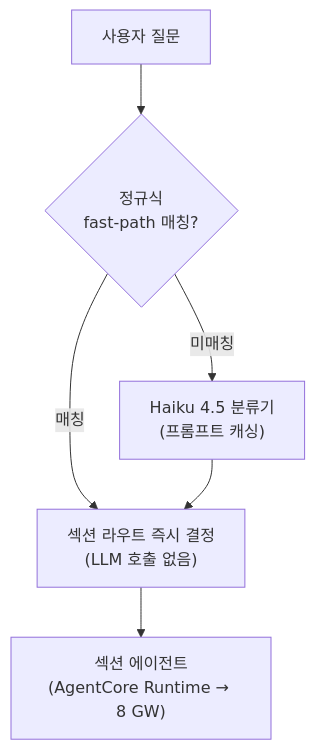
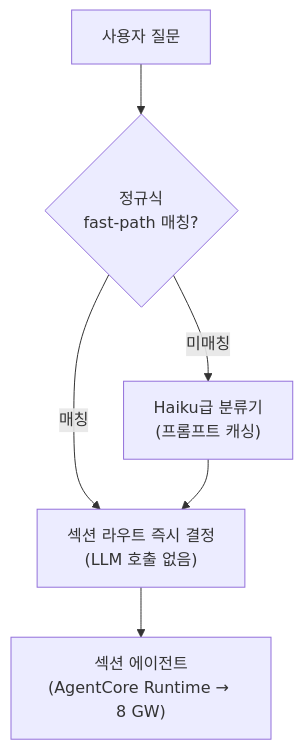
Before and after one commit to aws-samples/sample-awsops: the third of 4 diagrams in docs-site/docs/faq/architecture.md, drawn with Mermaid. The commit also changed other lines of this file and 38 other files, not shown here.

````diff
--- a/docs-site/docs/faq/architecture.md
+++ b/docs-site/docs/faq/architecture.md
@@ -127,8 +127,8 @@
 ```mermaid
 flowchart TD
   Q["사용자 질문"] --> REGEX{"정규식<br/>fast-path 매칭?"}
   REGEX -->|"매칭"| ROUTE["섹션 라우트 즉시 결정<br/>(LLM 호출 없음)"]
-  REGEX -->|"미매칭"| HAIKU["Haiku 4.5 분류기<br/>(프롬프트 캐싱)"]
+  REGEX -->|"미매칭"| HAIKU["Haiku급 분류기<br/>(프롬프트 캐싱)"]
   HAIKU --> ROUTE
   ROUTE --> AGENT["섹션 에이전트<br/>(AgentCore Runtime → 8 GW)"]
 ```
````
